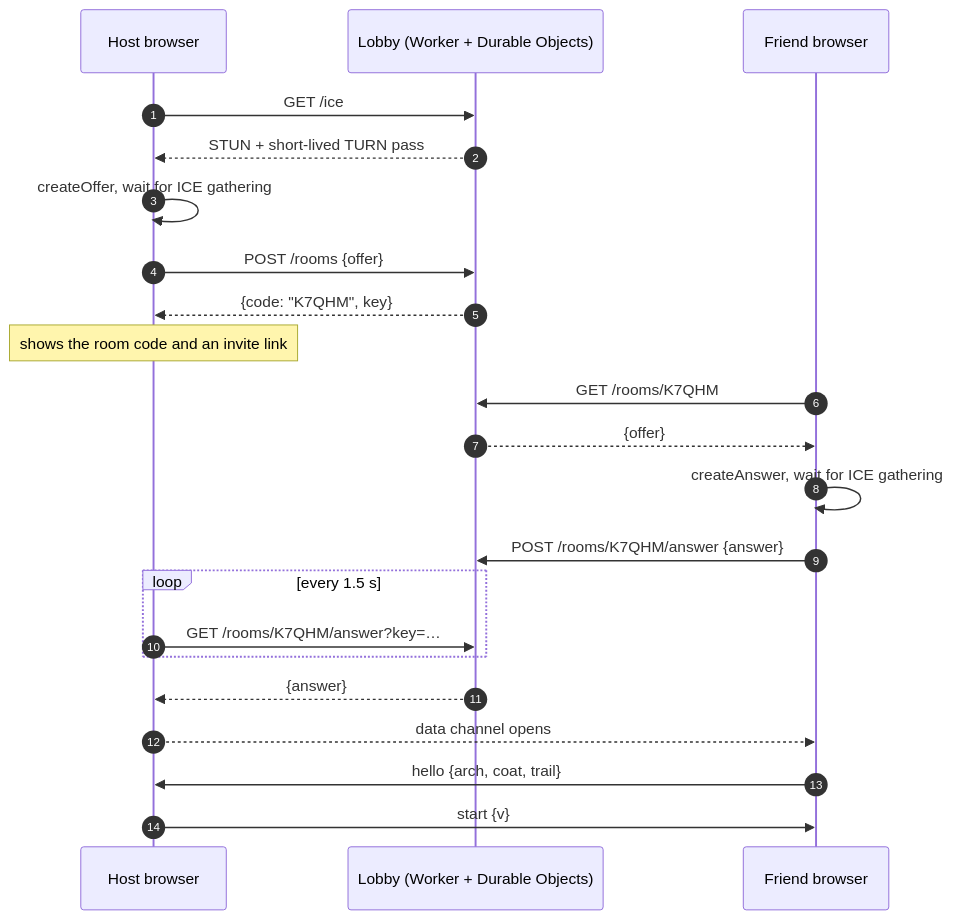
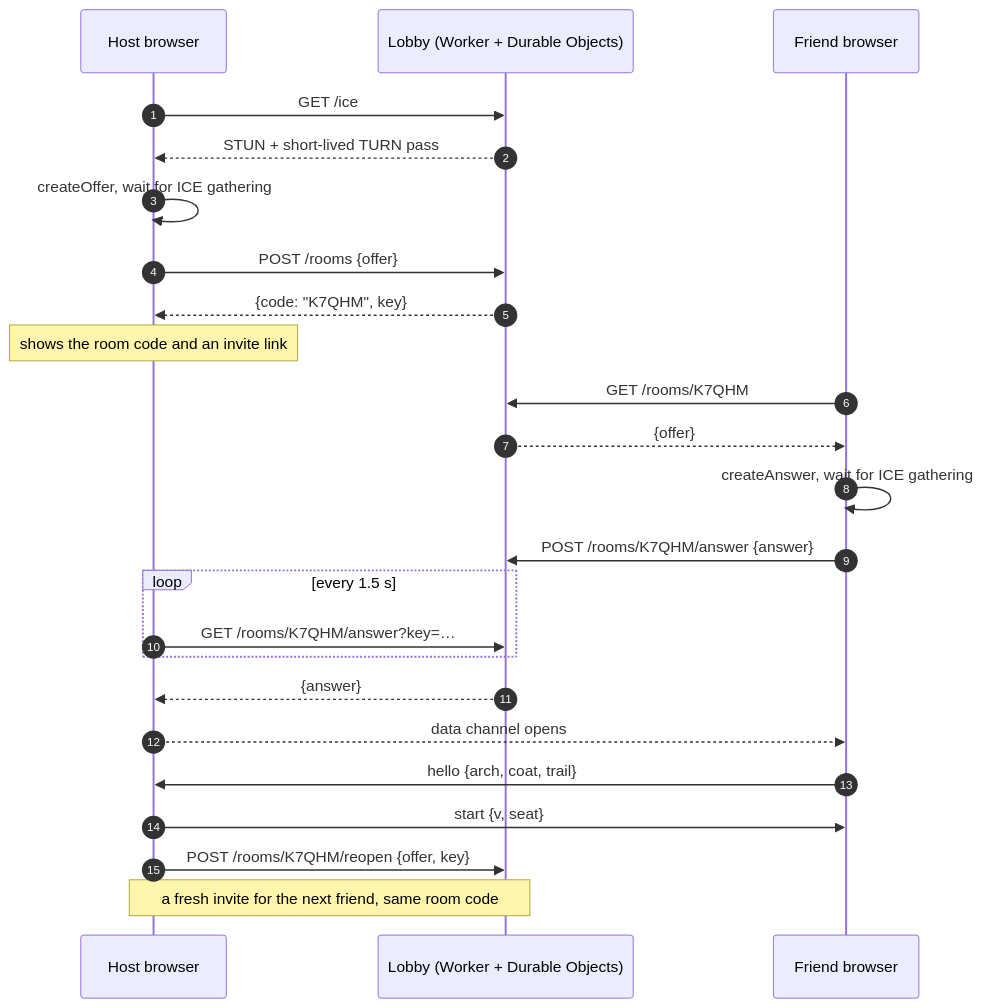
Before and after one commit to CptNope/Cyber-City-Tactics: the first of 3 diagrams in docs/wiki/Online-Co-op.md, drawn with Mermaid. The commit also changed other lines of this file and 13 other files, not shown here.

````diff
--- a/docs/wiki/Online-Co-op.md
+++ b/docs/wiki/Online-Co-op.md
@@ -7,24 +7,26 @@
 ```mermaid
 sequenceDiagram
   autonumber
   participant H as Host browser
   participant L as Lobby (Worker + Durable Objects)
   participant F as Friend browser
   H->>L: GET /ice
   L-->>H: STUN + short-lived TURN pass
   H->>H: createOffer, wait for ICE gathering
   H->>L: POST /rooms {offer}
   L-->>H: {code: "K7QHM", key}
   Note over H: shows the room code and an invite link
   F->>L: GET /rooms/K7QHM
   L-->>F: {offer}
   F->>F: createAnswer, wait for ICE gathering
   F->>L: POST /rooms/K7QHM/answer {answer}
   loop every 1.5 s
     H->>L: GET /rooms/K7QHM/answer?key=…
   end
   L-->>H: {answer}
   H-->>F: data channel opens
   F->>H: hello {arch, coat, trail}
-  H->>F: start {v}
+  H->>F: start {v, seat}
+  H->>L: POST /rooms/K7QHM/reopen {offer, key}
+  Note over H,L: a fresh invite for the next friend, same room code
 ```
````
